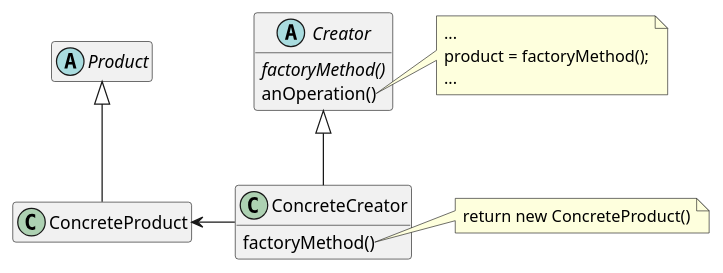
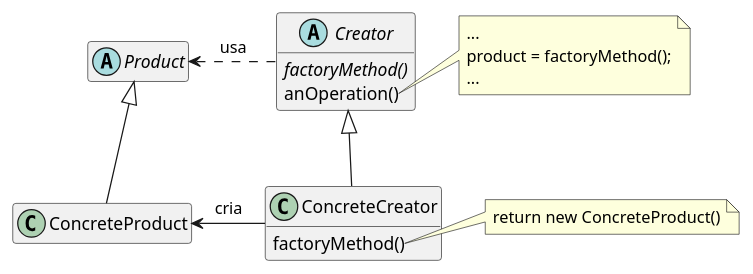
The second of 3 diagrams in src/gof/FactoryMethod.md (leandro-costa/vuepressppr), drawn with PlantUML before and after one commit. The commit also changed other lines of this file and 26 other files, not shown here.

```diff
--- a/src/gof/FactoryMethod.md
+++ b/src/gof/FactoryMethod.md
@@ -85,30 +85,31 @@
 @startuml
 abstract class Product{
 }
 
 abstract class Creator{
     {abstract} factoryMethod()
     anOperation()
 }
 
 class ConcreteCreator{
     factoryMethod()
 }
 
 Creator <|-- ConcreteCreator 
-ConcreteProduct <- ConcreteCreator
+ConcreteProduct <- ConcreteCreator :cria
+Product <. Creator :usa
 Product  <|-- ConcreteProduct 
 
 note right of ConcreteCreator::factoryMethod 
   return new ConcreteProduct()
 end note
 
 note right of Creator::anOperation 
   ...
   product = factoryMethod();
   ...
 end note
 hide empty attributes
 hide empty methods
 
 @enduml
```
